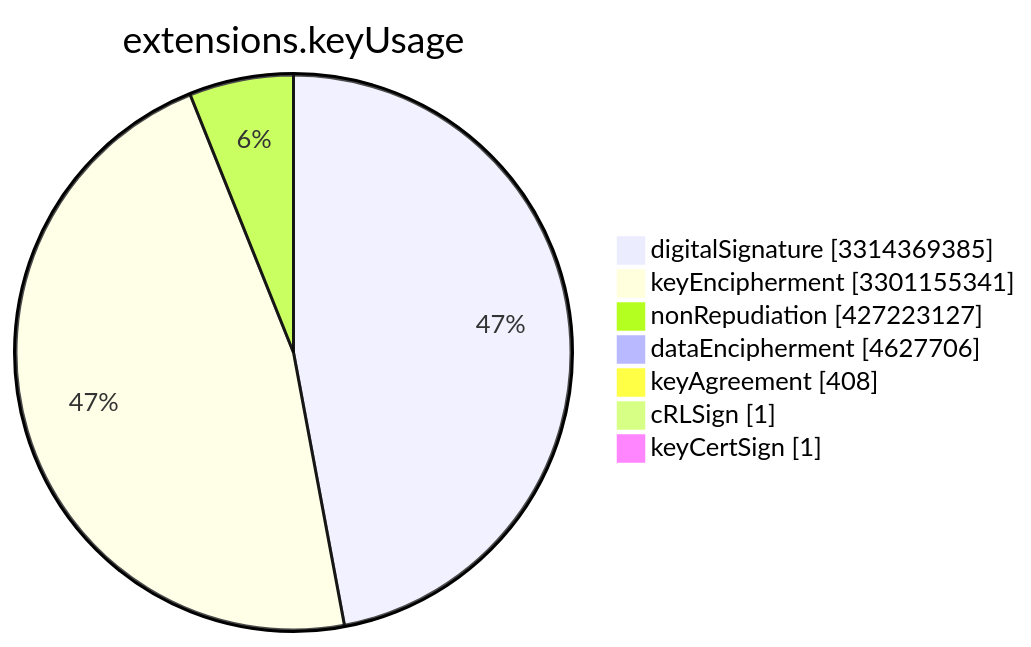
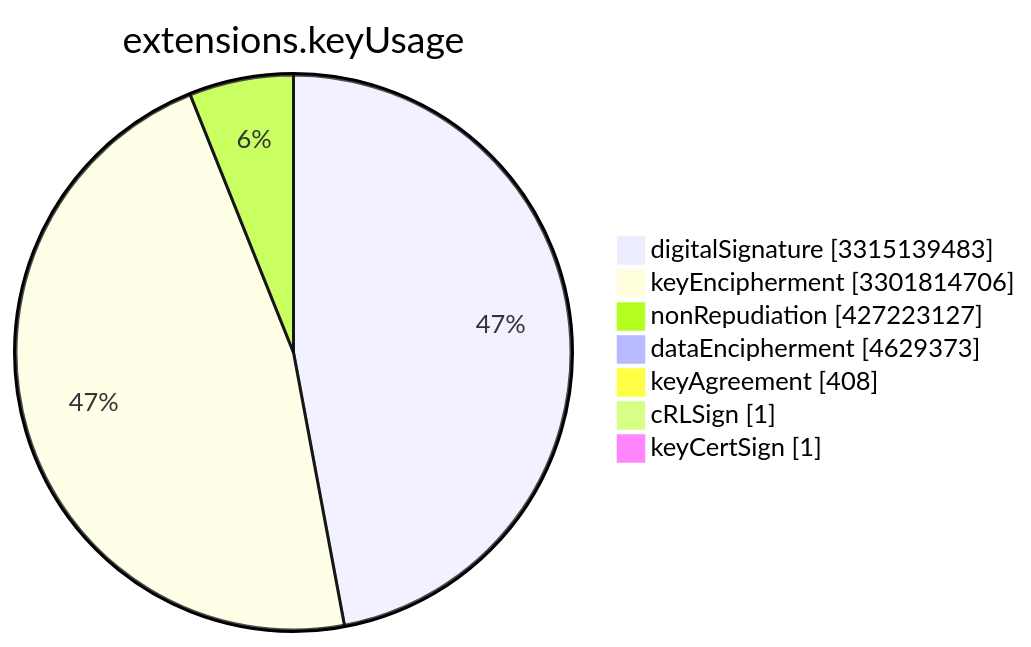
Before and after one commit to christiankrug/ctmonitor_visualization: the sixth of 15 diagrams in TOTAL/README.md, drawn with Mermaid. The commit also changed other lines of this file, not shown here.

````diff
--- a/TOTAL/README.md
+++ b/TOTAL/README.md
@@ -3078,11 +3078,11 @@
 ```mermaid
 pie showData
 title extensions.keyUsage
-"digitalSignature" :3314369385
-"keyEncipherment" :3301155341
+"digitalSignature" :3315139483
+"keyEncipherment" :3301814706
 "nonRepudiation" :427223127
-"dataEncipherment" :4627706
+"dataEncipherment" :4629373
 "keyAgreement" :408
 "cRLSign" :1
 "keyCertSign" :1
 ```
````
